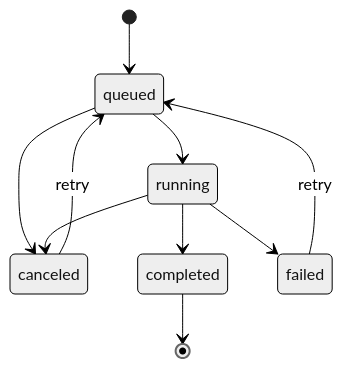
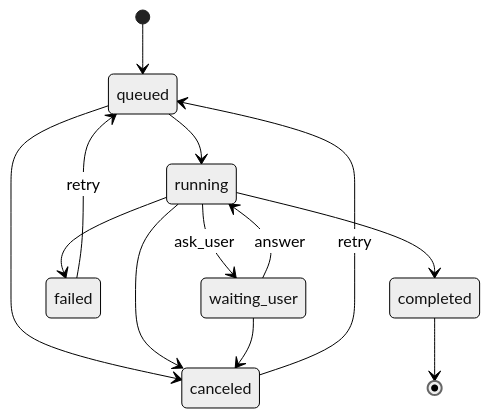
One commit to Ling0925/AnyDatas changed the second of 2 diagrams in docs/17-ai-agent-runtime.md. Above: the diagram before and after it, drawn with Mermaid (neutral theme). The commit also changed other lines of this file and 22 other files, not shown here.

First line of the commit message:
feat(agent): add ask_user, local skills, and stdio MCP

````diff
--- a/docs/17-ai-agent-runtime.md
+++ b/docs/17-ai-agent-runtime.md
@@ -52,12 +52,15 @@
 ```mermaid
 stateDiagram-v2
     [*] --> queued
     queued --> running
     queued --> canceled
     running --> completed
     running --> failed
     running --> canceled
+    running --> waiting_user: ask_user
+    waiting_user --> running: answer
+    waiting_user --> canceled
     completed --> [*]
     failed --> queued: retry
     canceled --> queued: retry
 ```
````
